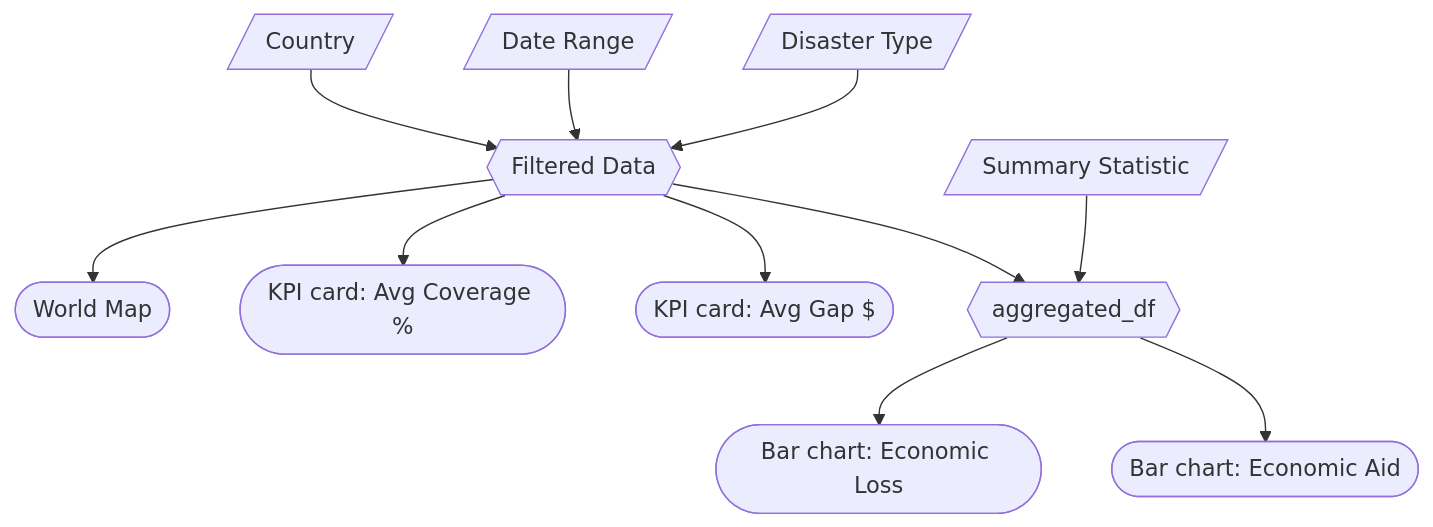
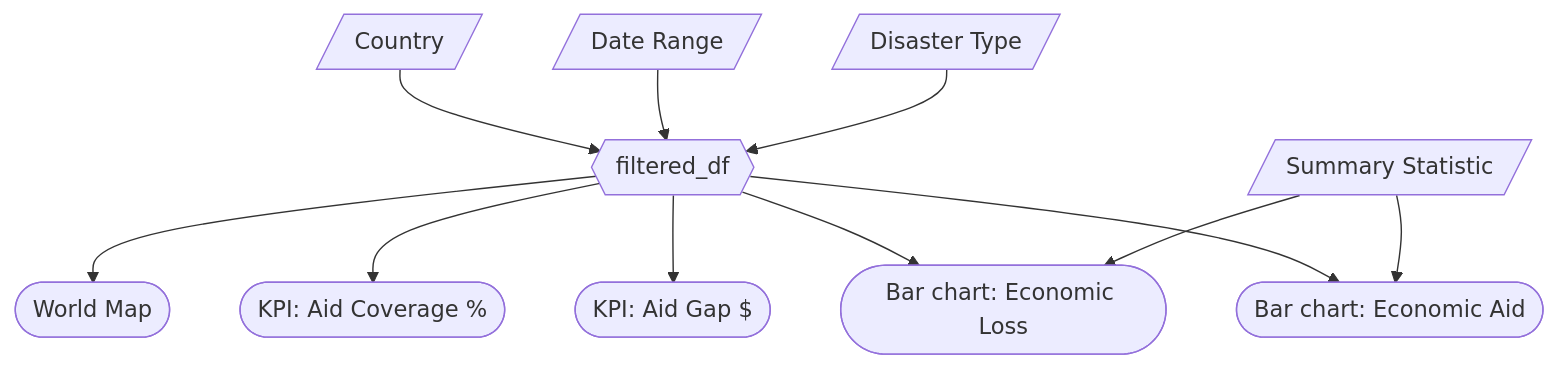
One commit to UBC-MDS/DSCI-532_2026_18_disasterdash changed the diagram in reports/m2_spec.md. Above: the diagram before and after it, drawn with Mermaid. The commit also changed other lines of this file, not shown here.

Commit message:
update to match bar chart naming convention used in code

````diff
--- a/reports/m2_spec.md
+++ b/reports/m2_spec.md
@@ -33,13 +32,14 @@
 ```mermaid
 flowchart TD
-    A[/Country/] --> F{{Filtered Data}}
+    A[/Country/] --> F{{filtered_df}}
     B[/Date Range/] --> F
     C[/Disaster Type/] --> F
     F --> M([World Map])
-    F --> K1([KPI card: Avg Coverage %])
-    F --> K2([KPI card: Avg Gap $])
-    F --> G{{aggregated_df}}
-    D[/Summary Statistic/] --> G
-    G --> P1([Bar chart: Economic Loss])
-    G --> P2([Bar chart: Economic Aid])
+    F --> K1([KPI: Aid Coverage %])
+    F --> K2([KPI: Aid Gap $])
+    F --> P1([Bar chart: Economic Loss])
+    F --> P2([Bar chart: Economic Aid])
+
+    D[/Summary Statistic/] --> P1
+    D --> P2
 ```
````
